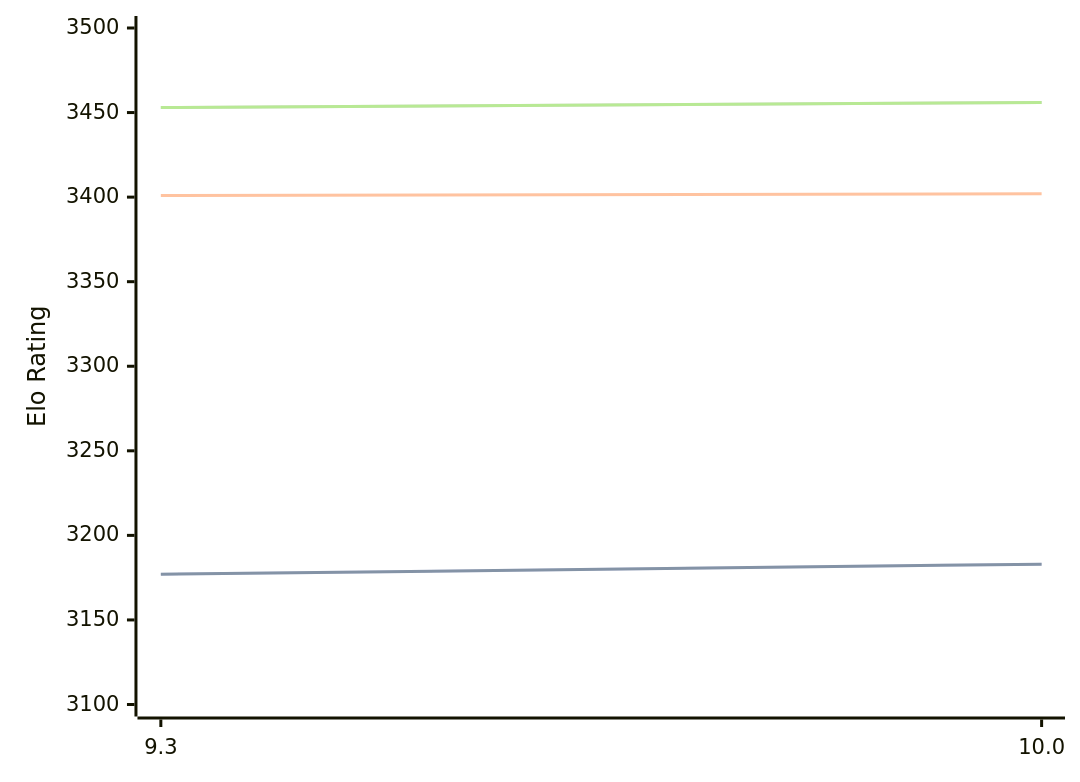
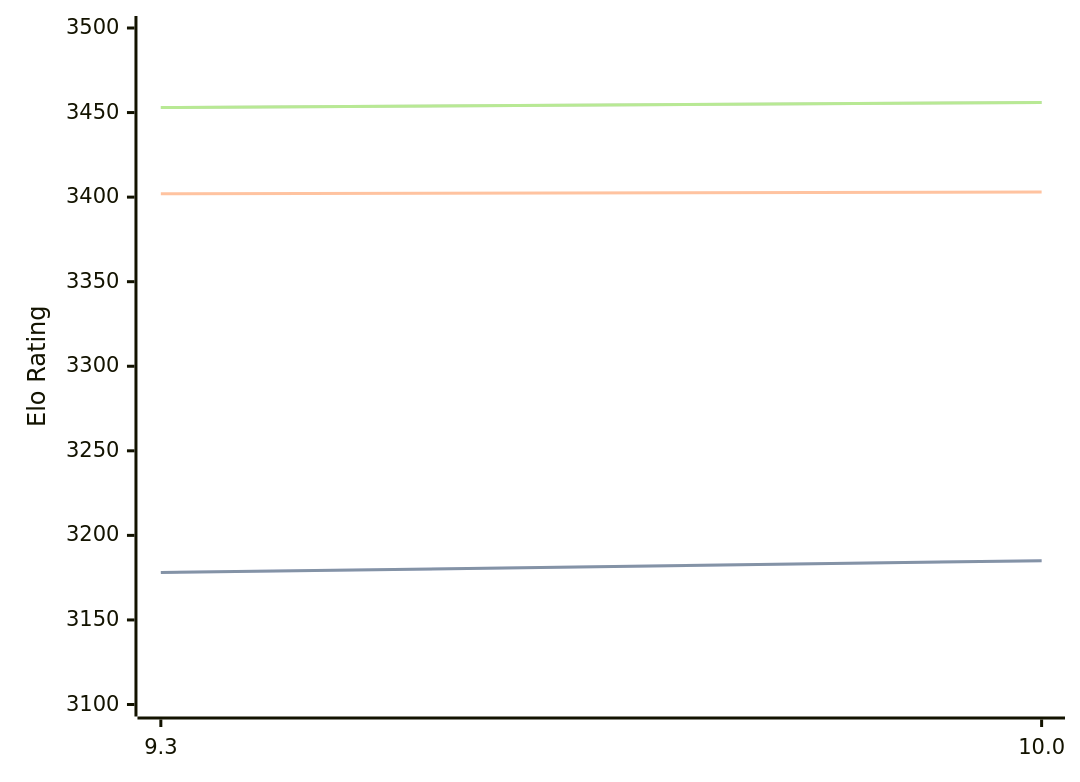
The diagram in engines/Fire.md (computer-chess-index/cci), drawn with Mermaid before and after one commit. The commit also changed other lines of this file, not shown here.

Commit message:
Update CCI Ratings (ELO VLTC) - 2026-04-13

````diff
--- a/engines/Fire.md
+++ b/engines/Fire.md
@@ -47,11 +47,11 @@
 ```mermaid
 %%{init: {"theme":"base","themeVariables":{"seriesColors:['#a3a3a3','#222221','#faa371']}}}%%
 xychart-beta
   x-axis ["9.3", "10.0"]
   y-axis "Elo Rating" 3100 --> 3500
-  line "STC (8.0+0.08s)" [3177, 3183]
-  line "STC (8.0+0.08s)" [3177, 3183]
-  line "LTC (60.0+0.60s)" [3401, 3402]
+  line "STC (8.0+0.08s)" [3178, 3185]
+  line "STC (8.0+0.08s)" [3178, 3185]
+  line "LTC (60.0+0.60s)" [3402, 3403]
   line "VLTC (2m24s+1.12s)" [3453, 3456]
   line "VLTC (2m24s+1.12s)" [3453, 3456]
 ```
````
